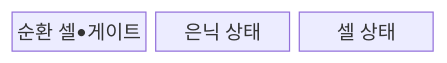
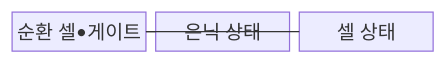
Before and after one commit to agnusdei1207/knowledge-base: the first of 2 diagrams in src/content/docs/notes/01-basic-theory/044_rnn.md, drawn with Mermaid. The commit also changed other lines of this file and 17 other files, not shown here.

````diff
--- a/src/content/docs/notes/01-basic-theory/044_rnn.md
+++ b/src/content/docs/notes/01-basic-theory/044_rnn.md
@@ -61,7 +61,9 @@
 ```mermaid
-block-beta
+block
     columns 3
     R["순환 셀•게이트"]
     H["은닉 상태"]
     C["셀 상태"]
+    R --- H
+    R --- C
 ```
````
